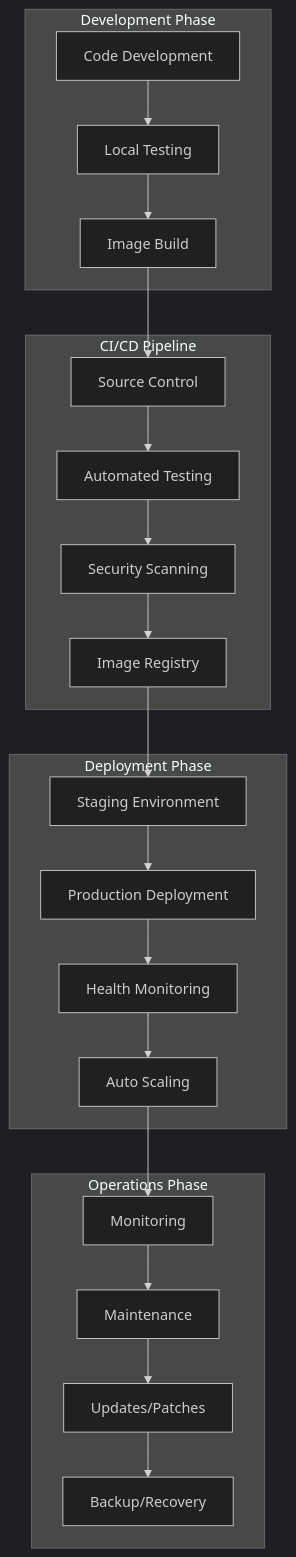
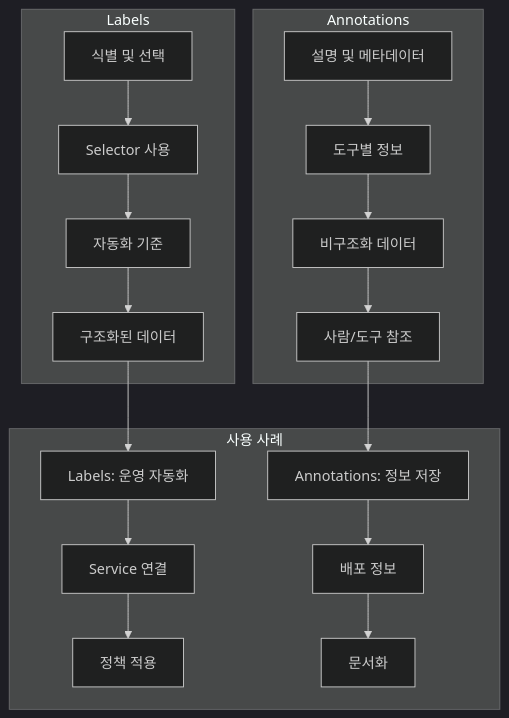
Before and after one commit to niceguy61/kdt_devops_lecture_2025: the third of 4 diagrams in week_02/day_02/session_07.md, drawn with Mermaid (dark theme). The commit also changed other lines of this file and 38 other files, not shown here.

````diff
--- a/week_02/day_02/session_07.md
+++ b/week_02/day_02/session_07.md
@@ -15,29 +170,25 @@
 ```mermaid
 graph TB
-    subgraph "Development Phase"
-        A[Code Development] --> B[Local Testing]
-        B --> C[Image Build]
+    subgraph "Labels"
+        A[식별 및 선택] --> B[Selector 사용]
+        B --> C[자동화 기준]
+        C --> D[구조화된 데이터]
     end
     
-    subgraph "CI/CD Pipeline"
-        D[Source Control] --> E[Automated Testing]
-        E --> F[Security Scanning]
-        F --> G[Image Registry]
+    subgraph "Annotations"
+        E[설명 및 메타데이터] --> F[도구별 정보]
+        F --> G[비구조화 데이터]
+        G --> H[사람/도구 참조]
     end
     
-    subgraph "Deployment Phase"
-        H[Staging Environment] --> I[Production Deployment]
-        I --> J[Health Monitoring]
-        J --> K[Auto Scaling]
+    subgraph "사용 사례"
+        I[Labels: 운영 자동화] --> J[Service 연결]
+        J --> K[정책 적용]
+        
+        L[Annotations: 정보 저장] --> M[배포 정보]
+        M --> N[문서화]
     end
     
-    subgraph "Operations Phase"
-        L[Monitoring] --> M[Maintenance]
-        M --> N[Updates/Patches]
-        N --> O[Backup/Recovery]
-    end
-    
-    C --> D
-    G --> H
-    K --> L
+    D --> I
+    H --> L
 ```
````
